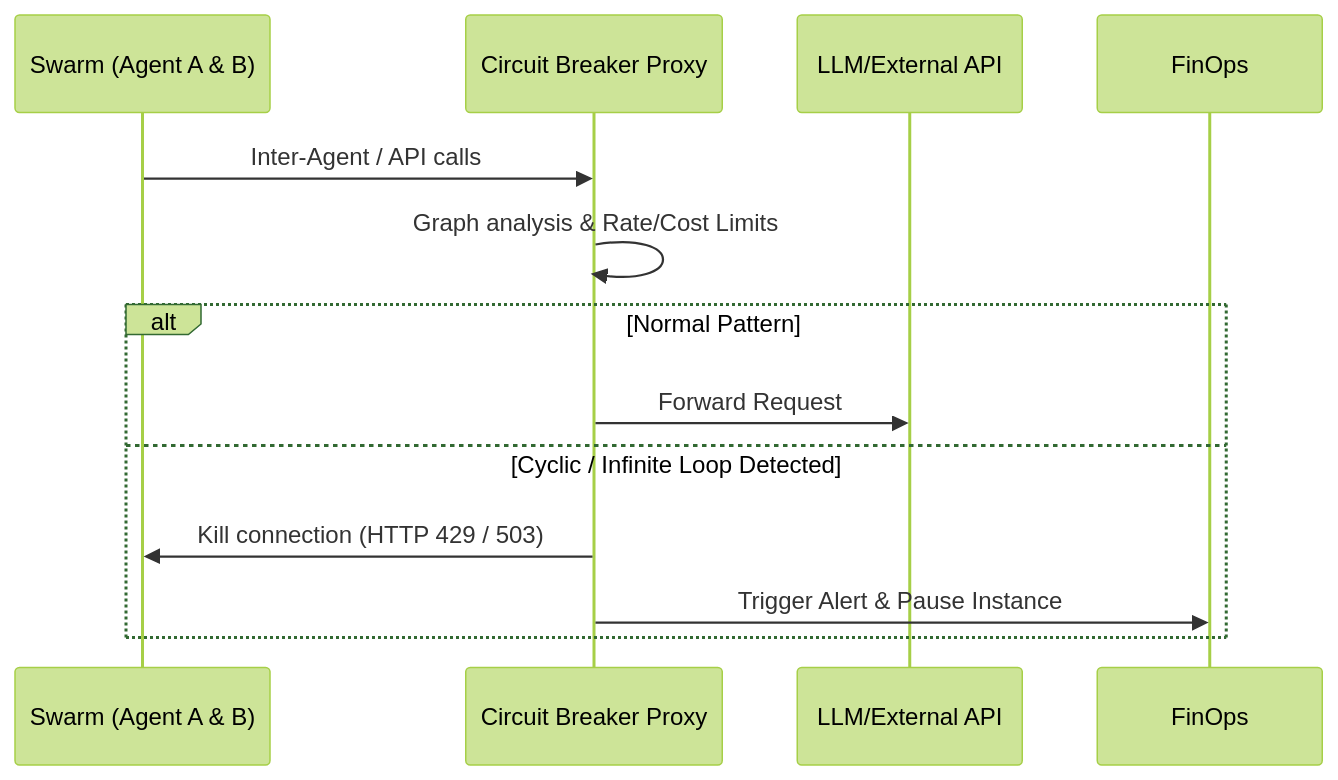
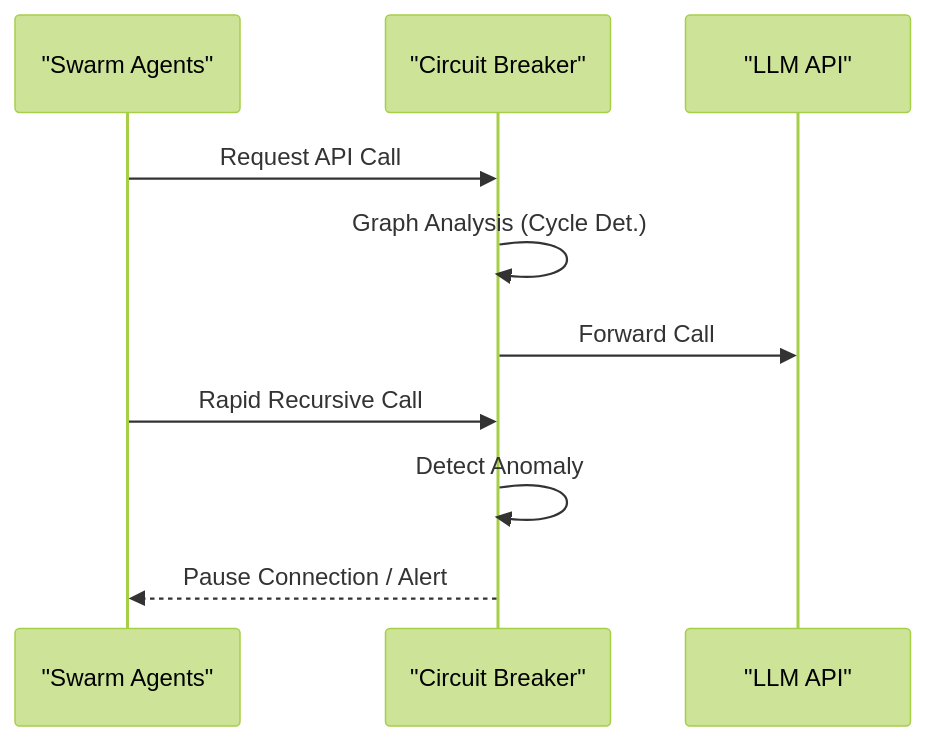
One commit to flouzzy/top-100-ai-startup-ideas changed the second of 2 diagrams in ideas/agent-circuit-breaker/README.md. Above: the diagram before and after it, drawn with Mermaid (forest theme). The commit also changed other lines of this file and 41 other files, not shown here.

````diff
--- a/ideas/agent-circuit-breaker/README.md
+++ b/ideas/agent-circuit-breaker/README.md
@@ -39,14 +42,12 @@
 ```mermaid
 sequenceDiagram
-    participant Agents as Swarm (Agent A & B)
-    participant CircuitBreaker as Circuit Breaker Proxy
-    participant ExternalAPI as LLM/External API
-    Agents->>CircuitBreaker: Inter-Agent / API calls
-    CircuitBreaker->>CircuitBreaker: Graph analysis & Rate/Cost Limits
-    alt Normal Pattern
-        CircuitBreaker->>ExternalAPI: Forward Request
-    else Cyclic / Infinite Loop Detected
-        CircuitBreaker->>Agents: Kill connection (HTTP 429 / 503)
-        CircuitBreaker->>FinOps: Trigger Alert & Pause Instance
-    end
+    participant Ag as "Swarm Agents"
+    participant CB as "Circuit Breaker"
+    participant API as "LLM API"
+    Ag->>CB: Request API Call
+    CB->>CB: Graph Analysis (Cycle Det.)
+    CB->>API: Forward Call
+    Ag->>CB: Rapid Recursive Call
+    CB->>CB: Detect Anomaly
+    CB-->>Ag: Pause Connection / Alert
 ```
````
